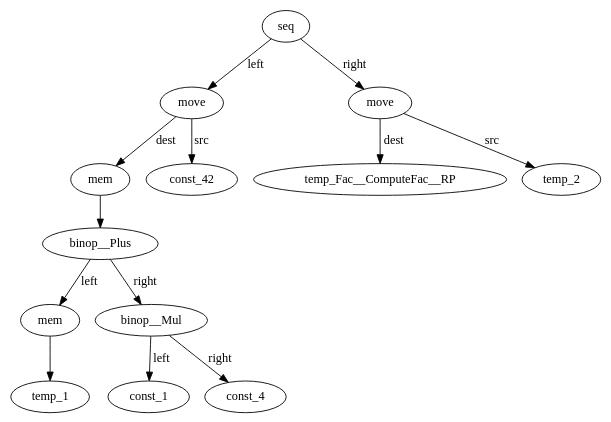
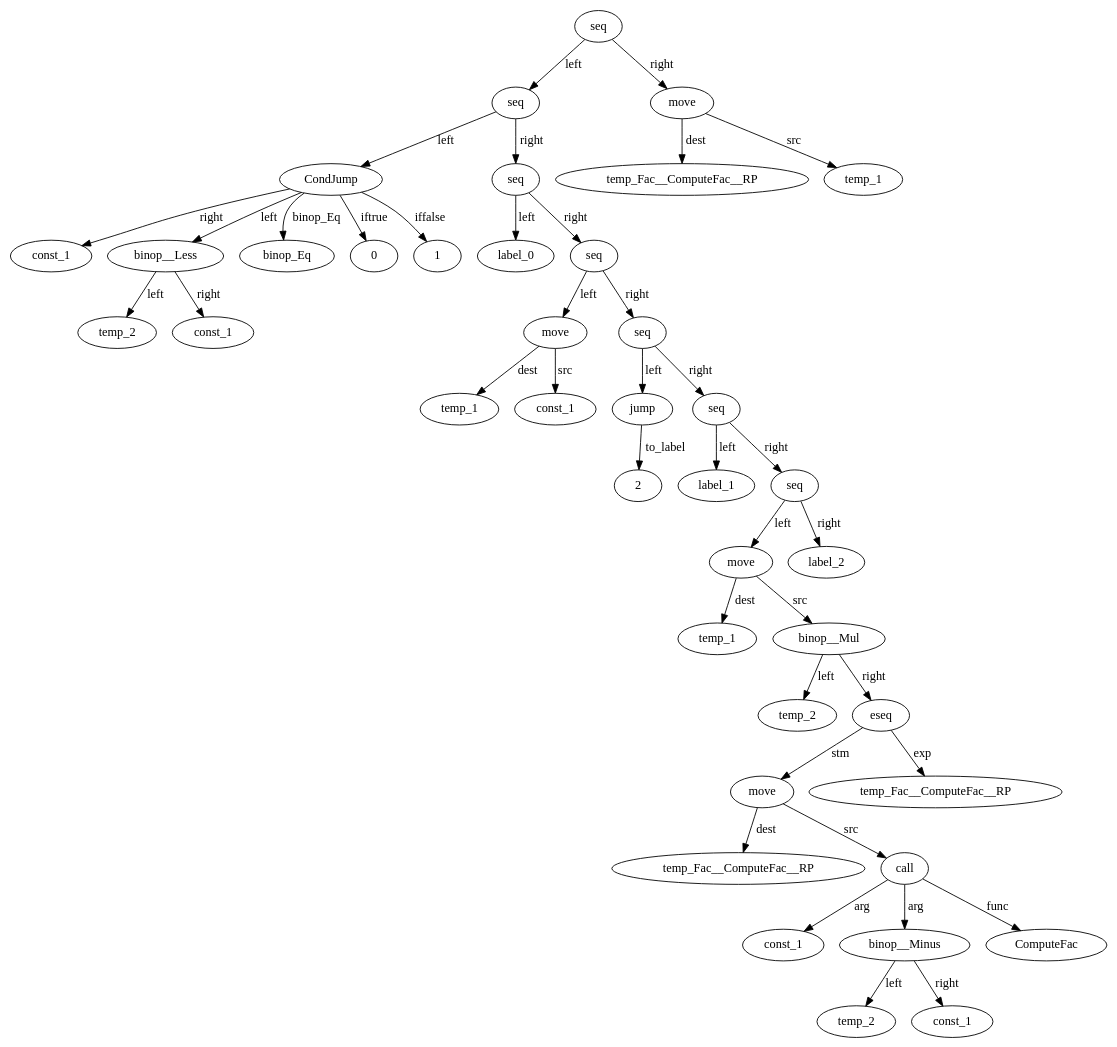
One commit to DanAnastasyev/MiniJavaCompiler changed the diagram in MiniJavaCompiler/IRTree_Fac__ComputeFac.dot. Above: the diagram before and after it, drawn with Graphviz. The commit also changed 6 other files, not shown here.

```diff
--- a/MiniJavaCompiler/IRTree_Fac__ComputeFac.dot
+++ b/MiniJavaCompiler/IRTree_Fac__ComputeFac.dot
@@ -1,28 +1,77 @@
 digraph {
-temp_1__id_0 [ label="temp_1" ]; 
-mem__id_1 [ label="mem" ]; 
-mem__id_1 -> temp_1__id_0 ; 
+const_1__id_0 [ label="const_1" ]; 
+temp_2__id_1 [ label="temp_2" ]; 
 const_1__id_2 [ label="const_1" ]; 
-const_4__id_3 [ label="const_4" ]; 
-binop__Mul__id_4 [ label="binop__Mul" ]; 
-binop__Mul__id_4 -> const_4__id_3 [ label="right"] ; 
-binop__Mul__id_4 -> const_1__id_2 [ label="left"] ; 
-binop__Plus__id_5 [ label="binop__Plus" ]; 
-binop__Plus__id_5 -> binop__Mul__id_4 [ label="right"] ; 
-binop__Plus__id_5 -> mem__id_1 [ label="left"] ; 
-mem__id_6 [ label="mem" ]; 
-mem__id_6 -> binop__Plus__id_5 ; 
-const_42__id_7 [ label="const_42" ]; 
+binop__Less__id_3 [ label="binop__Less" ]; 
+binop__Less__id_3 -> const_1__id_2 [ label="right"] ; 
+binop__Less__id_3 -> temp_2__id_1 [ label="left"] ; 
+CondJump__id_4 [ label="CondJump" ]; 
+CondJump__id_4 -> binop__Less__id_3 [ label="left"] ; 
+CondJump__id_4 -> binop_Eq [ label="binop_Eq"] ; 
+CondJump__id_4 -> const_1__id_0 [ label="right"] ; 
+CondJump__id_4 -> 0 [ label="iftrue"] ; 
+CondJump__id_4 -> 1 [ label="iffalse"] ; 
+label_0__id_5 [ label="label_0" ]; 
+temp_1__id_6 [ label="temp_1" ]; 
+const_1__id_7 [ label="const_1" ]; 
 move__id_8 [ label="move" ]; 
-move__id_8 -> mem__id_6 [ label="dest"] ; 
-move__id_8 -> const_42__id_7 [ label="src"] ; 
-temp_Fac__ComputeFac__RP__id_9 [ label="temp_Fac__ComputeFac__RP" ]; 
-temp_2__id_10 [ label="temp_2" ]; 
-move__id_11 [ label="move" ]; 
-move__id_11 -> temp_Fac__ComputeFac__RP__id_9 [ label="dest"] ; 
-move__id_11 -> temp_2__id_10 [ label="src"] ; 
-seq__id_12 [ label="seq" ]; 
-seq__id_12 -> move__id_8 [ label="left"] ; 
-seq__id_12 -> move__id_11 [ label="right"] ; 
+move__id_8 -> temp_1__id_6 [ label="dest"] ; 
+move__id_8 -> const_1__id_7 [ label="src"] ; 
+jump__id_9 [ label="jump" ]; 
+jump__id_9 -> 2 [ label="to_label"] ; 
+label_1__id_10 [ label="label_1" ]; 
+temp_1__id_11 [ label="temp_1" ]; 
+temp_2__id_12 [ label="temp_2" ]; 
+temp_Fac__ComputeFac__RP__id_13 [ label="temp_Fac__ComputeFac__RP" ]; 
+const_1__id_14 [ label="const_1" ]; 
+temp_2__id_15 [ label="temp_2" ]; 
+const_1__id_16 [ label="const_1" ]; 
+binop__Minus__id_17 [ label="binop__Minus" ]; 
+binop__Minus__id_17 -> const_1__id_16 [ label="right"] ; 
+binop__Minus__id_17 -> temp_2__id_15 [ label="left"] ; 
+call__id_18 [ label="call" ]; 
+call__id_18 -> ComputeFac [ label="func"] ; 
+call__id_18 -> const_1__id_14 [ label="arg"] ; 
+call__id_18 -> binop__Minus__id_17 [ label="arg"] ; 
+move__id_19 [ label="move" ]; 
+move__id_19 -> temp_Fac__ComputeFac__RP__id_13 [ label="dest"] ; 
+move__id_19 -> call__id_18 [ label="src"] ; 
+temp_Fac__ComputeFac__RP__id_20 [ label="temp_Fac__ComputeFac__RP" ]; 
+eseq__id_21 [ label="eseq" ]; 
+eseq__id_21 -> temp_Fac__ComputeFac__RP__id_20 [ label="exp"] ; 
+eseq__id_21 -> move__id_19 [ label="stm"] ; 
+binop__Mul__id_22 [ label="binop__Mul" ]; 
+binop__Mul__id_22 -> eseq__id_21 [ label="right"] ; 
+binop__Mul__id_22 -> temp_2__id_12 [ label="left"] ; 
+move__id_23 [ label="move" ]; 
+move__id_23 -> temp_1__id_11 [ label="dest"] ; 
+move__id_23 -> binop__Mul__id_22 [ label="src"] ; 
+label_2__id_24 [ label="label_2" ]; 
+seq__id_25 [ label="seq" ]; 
+seq__id_25 -> move__id_23 [ label="left"] ; 
+seq__id_25 -> label_2__id_24 [ label="right"] ; 
+seq__id_26 [ label="seq" ]; 
+seq__id_26 -> label_1__id_10 [ label="left"] ; 
+seq__id_26 -> seq__id_25 [ label="right"] ; 
+seq__id_27 [ label="seq" ]; 
+seq__id_27 -> jump__id_9 [ label="left"] ; 
+seq__id_27 -> seq__id_26 [ label="right"] ; 
+seq__id_28 [ label="seq" ]; 
+seq__id_28 -> move__id_8 [ label="left"] ; 
+seq__id_28 -> seq__id_27 [ label="right"] ; 
+seq__id_29 [ label="seq" ]; 
+seq__id_29 -> label_0__id_5 [ label="left"] ; 
+seq__id_29 -> seq__id_28 [ label="right"] ; 
+seq__id_30 [ label="seq" ]; 
+seq__id_30 -> CondJump__id_4 [ label="left"] ; 
+seq__id_30 -> seq__id_29 [ label="right"] ; 
+temp_Fac__ComputeFac__RP__id_31 [ label="temp_Fac__ComputeFac__RP" ]; 
+temp_1__id_32 [ label="temp_1" ]; 
+move__id_33 [ label="move" ]; 
+move__id_33 -> temp_Fac__ComputeFac__RP__id_31 [ label="dest"] ; 
+move__id_33 -> temp_1__id_32 [ label="src"] ; 
+seq__id_34 [ label="seq" ]; 
+seq__id_34 -> seq__id_30 [ label="left"] ; 
+seq__id_34 -> move__id_33 [ label="right"] ; 
 
 }
```
